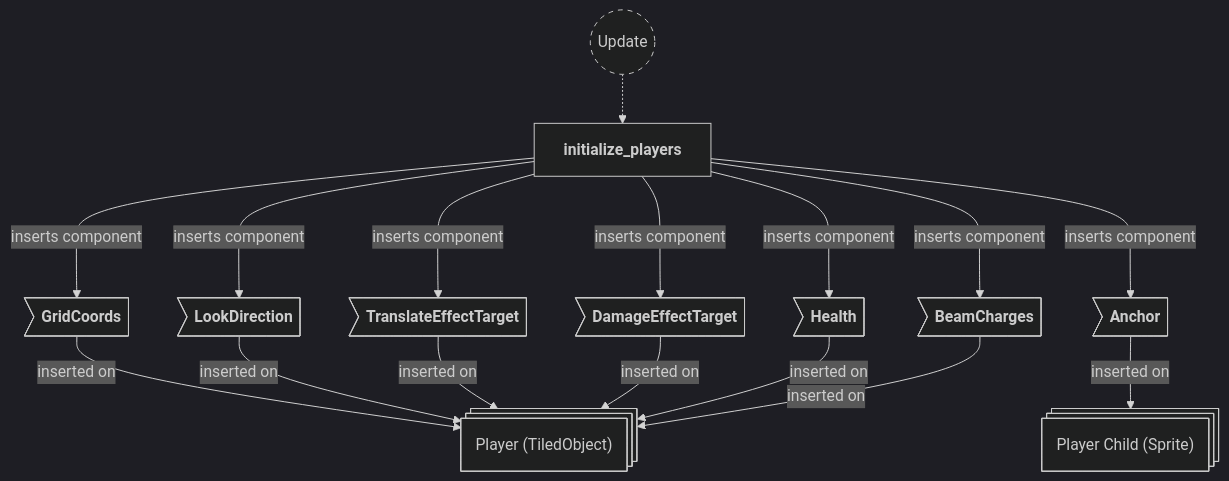
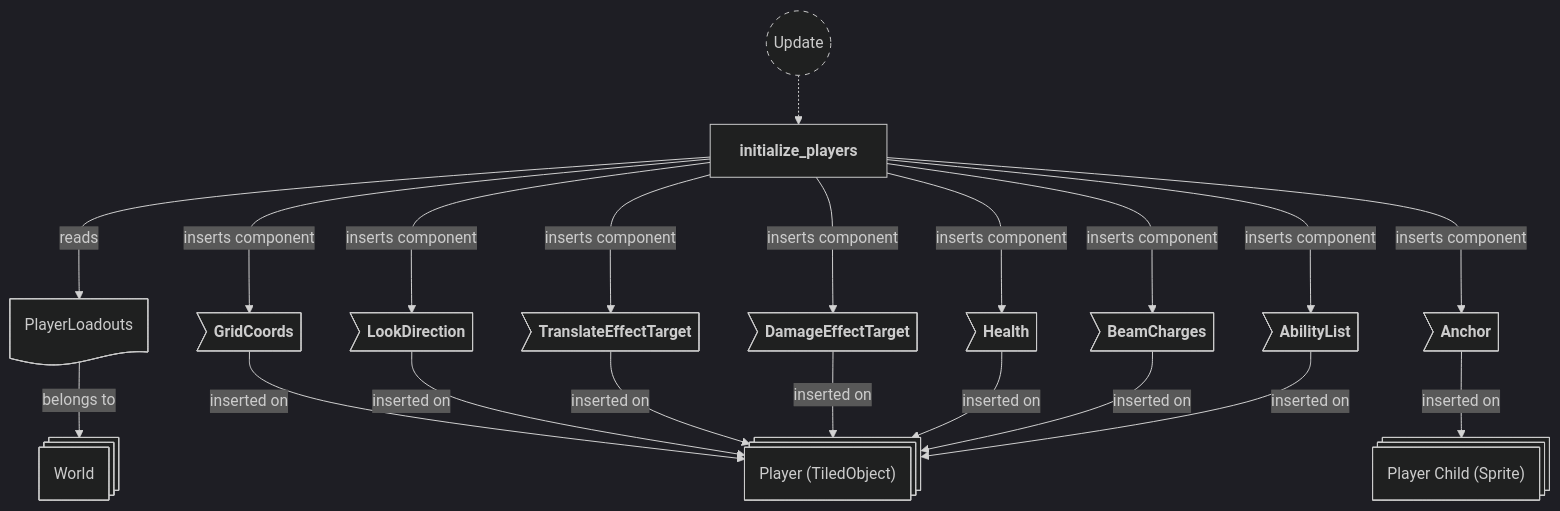
The seventh of 10 diagrams in backlog/docs/doc-3 - 001-Maps-plugin.md (neurosoup/tyled), drawn with Mermaid before and after one commit. The commit also changed other lines of this file and 10 other files, not shown here.

Commit message:
Feat: wire Backfill beam behavior via per-player ability loadouts

````diff
--- a/backlog/docs/doc-3 - 001-Maps-plugin.md
+++ b/backlog/docs/doc-3 - 001-Maps-plugin.md
@@ -294,41 +294,49 @@
 ```mermaid
 ---
 config:
   theme: dark
 ---
 
 flowchart TD
 classDef system-group stroke-dasharray: 5 5
 
 update(("`Update`")):::system-group
 initialize_players["`**initialize_players**`"]
 
 update -.-> initialize_players
 
 player_entity@{ shape: st-rect, label: "Player (TiledObject)" }
 child_entity@{ shape: st-rect, label: "Player Child (Sprite)" }
 
 pe_grid_coords>"`**GridCoords**`"]
 pe_look_direction>"`**LookDirection**`"]
 pe_translate_effect>"`**TranslateEffectTarget**`"]
 pe_damage_effect>"`**DamageEffectTarget**`"]
 pe_health>"`**Health**`"]
 pe_beam_charges>"`**BeamCharges**`"]
+pe_ability_list>"`**AbilityList**`"]
 ce_anchor>"`**Anchor**`"]
+
+world@{ shape: st-rect, label: "World" }
+player_loadouts_res@{ shape: doc, label: "PlayerLoadouts" }
+player_loadouts_res --> |belongs to| world
 
 pe_grid_coords --> |inserted on| player_entity
 pe_look_direction --> |inserted on| player_entity
 pe_translate_effect --> |inserted on| player_entity
 pe_damage_effect --> |inserted on| player_entity
 pe_health --> |inserted on| player_entity
 pe_beam_charges --> |inserted on| player_entity
+pe_ability_list --> |inserted on| player_entity
 ce_anchor --> |inserted on| child_entity
 
+initialize_players ---> |reads| player_loadouts_res
 initialize_players ---> |inserts component| pe_grid_coords
 initialize_players ---> |inserts component| pe_look_direction
 initialize_players ---> |inserts component| pe_translate_effect
 initialize_players ---> |inserts component| pe_damage_effect
 initialize_players ---> |inserts component| pe_health
 initialize_players ---> |inserts component| pe_beam_charges
+initialize_players ---> |inserts component| pe_ability_list
 initialize_players ---> |inserts component| ce_anchor
 ```
````
